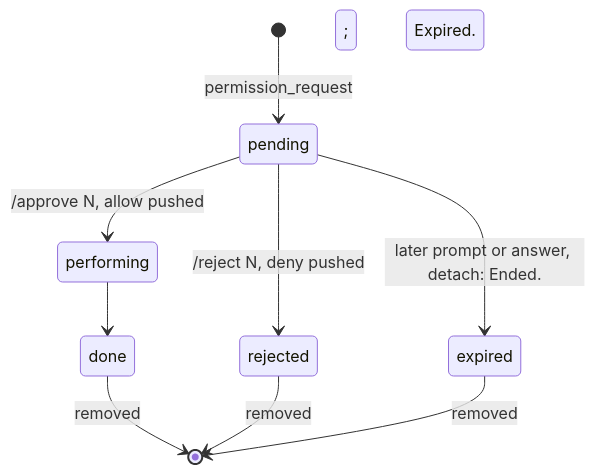
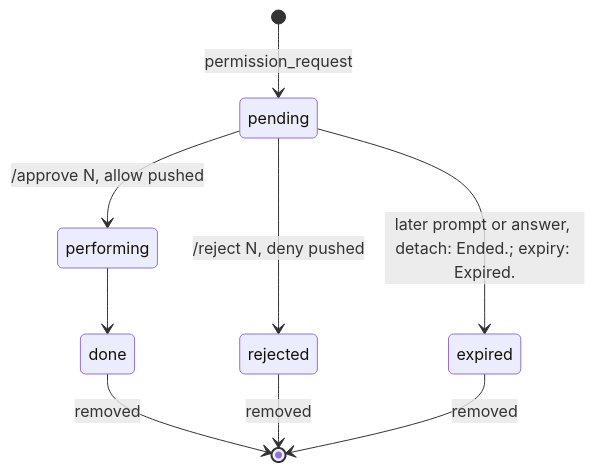
One commit to simplex-chat/simplex-chat changed the fourth of 5 diagrams in packages/simplex-chat-mcp/spec/architecture.md. Above: the diagram before and after it, drawn with Mermaid. The commit also changed other lines of this file and 1 other file, not shown here.

Commit message:
mcp: spec diagrams render whole on GitHub
Mermaid ends a sequence message, a note and a block label at a semicolon and treats # as the start of a comment; the diagrams write them as #59; and #35;, which render as ; and #. All 36 diagrams of the spec render with GitHub's Mermaid viewer, each message, note and label in full.

````diff
--- a/packages/simplex-chat-mcp/spec/architecture.md
+++ b/packages/simplex-chat-mcp/spec/architecture.md
@@ -1086,11 +1086,11 @@
 ```mermaid
 stateDiagram-v2
   [*] --> pending: permission_request
   pending --> performing: /approve N, allow pushed
   performing --> done
   pending --> rejected: /reject N, deny pushed
-  pending --> expired: later prompt or answer, detach: Ended.; expiry: Expired.
+  pending --> expired: later prompt or answer, detach: Ended.#59; expiry: Expired.
   done --> [*]: removed
   rejected --> [*]: removed
   expired --> [*]: removed
 ```
````
